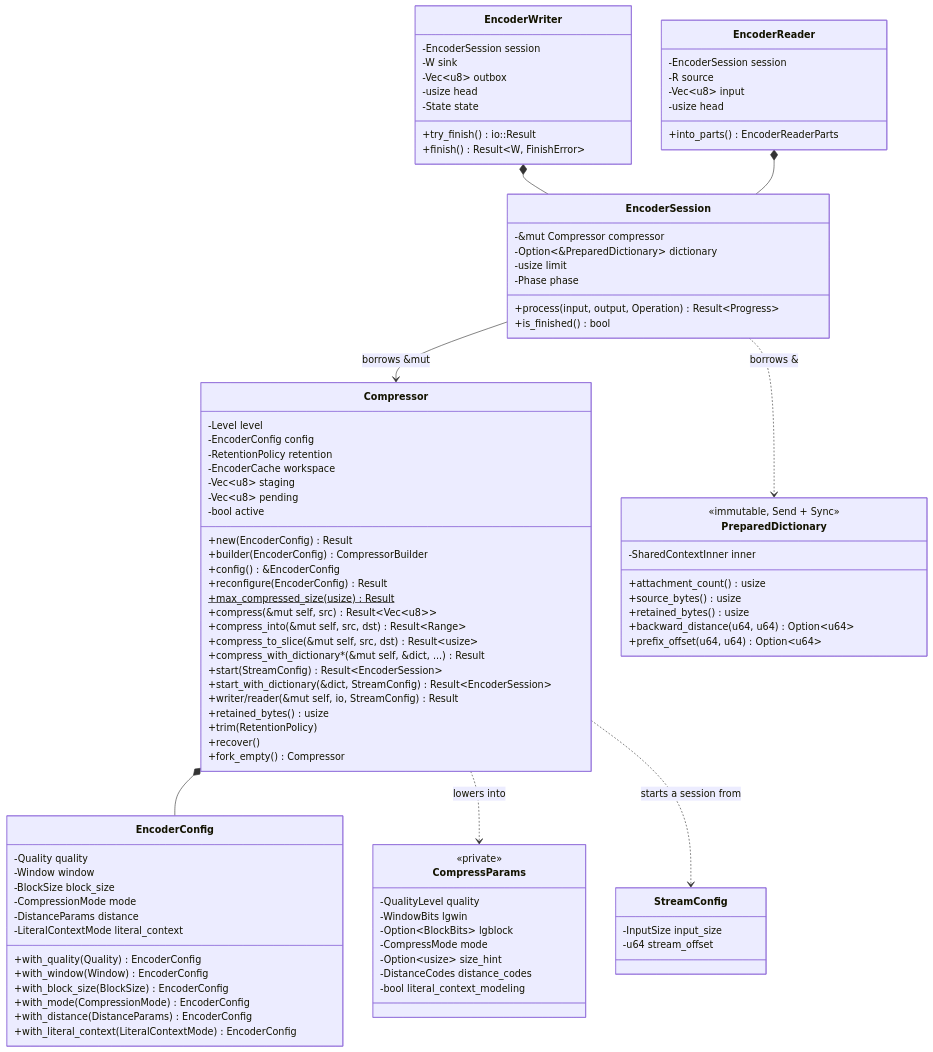
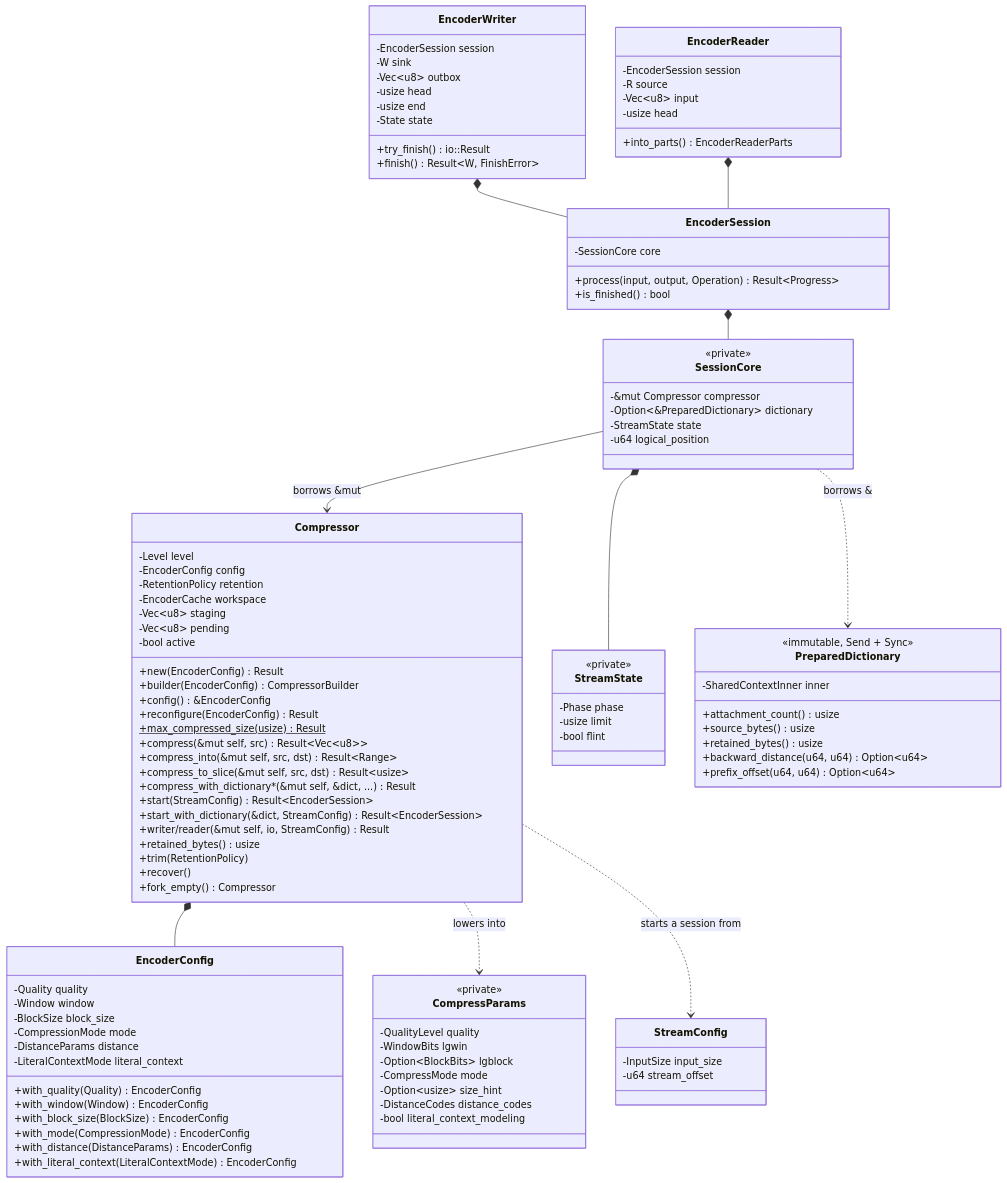
Before and after one commit to Mnwa/mbrotli: the second of 12 diagrams in architecture/compressor.md, drawn with Mermaid. The commit also changed other lines of this file and 64 other files, not shown here.

```diff
--- a/architecture/compressor.md
+++ b/architecture/compressor.md
@@ -141,12 +141,22 @@
         -u64 stream_offset
     }
     class EncoderSession {
+        -SessionCore core
+        +process(input, output, Operation) Result~Progress~
+        +is_finished() bool
+    }
+    class SessionCore {
+        <<private>>
         -&mut Compressor compressor
         -Option~&PreparedDictionary~ dictionary
+        -StreamState state
+        -u64 logical_position
+    }
+    class StreamState {
+        <<private>>
+        -Phase phase
         -usize limit
-        -Phase phase
-        +process(input, output, Operation) Result~Progress~
-        +is_finished() bool
+        -bool flint
     }
     class PreparedDictionary {
         <<immutable, Send + Sync>>
@@ -162,6 +172,7 @@
         -W sink
         -Vec~u8~ outbox
         -usize head
+        -usize end
         -State state
         +try_finish() io::Result
         +finish() Result~W, FinishError~
@@ -186,8 +197,10 @@
 
     Compressor *-- EncoderConfig
     Compressor ..> CompressParams : lowers into
-    EncoderSession --> Compressor : borrows &mut
-    EncoderSession ..> PreparedDictionary : borrows &
+    EncoderSession *-- SessionCore
+    SessionCore *-- StreamState
+    SessionCore --> Compressor : borrows &mut
+    SessionCore ..> PreparedDictionary : borrows &
     EncoderWriter *-- EncoderSession
     EncoderReader *-- EncoderSession
     Compressor ..> StreamConfig : starts a session from
```
